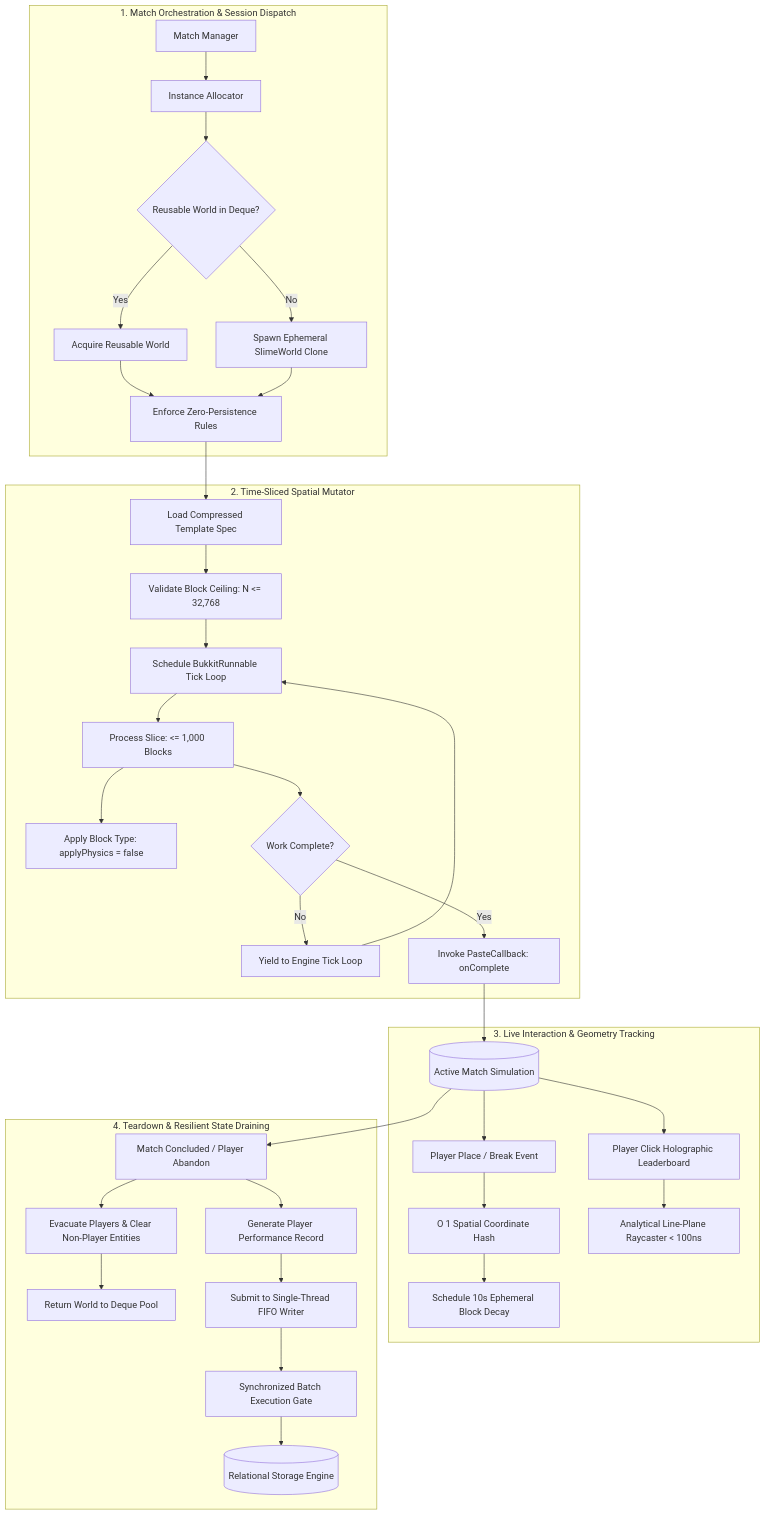
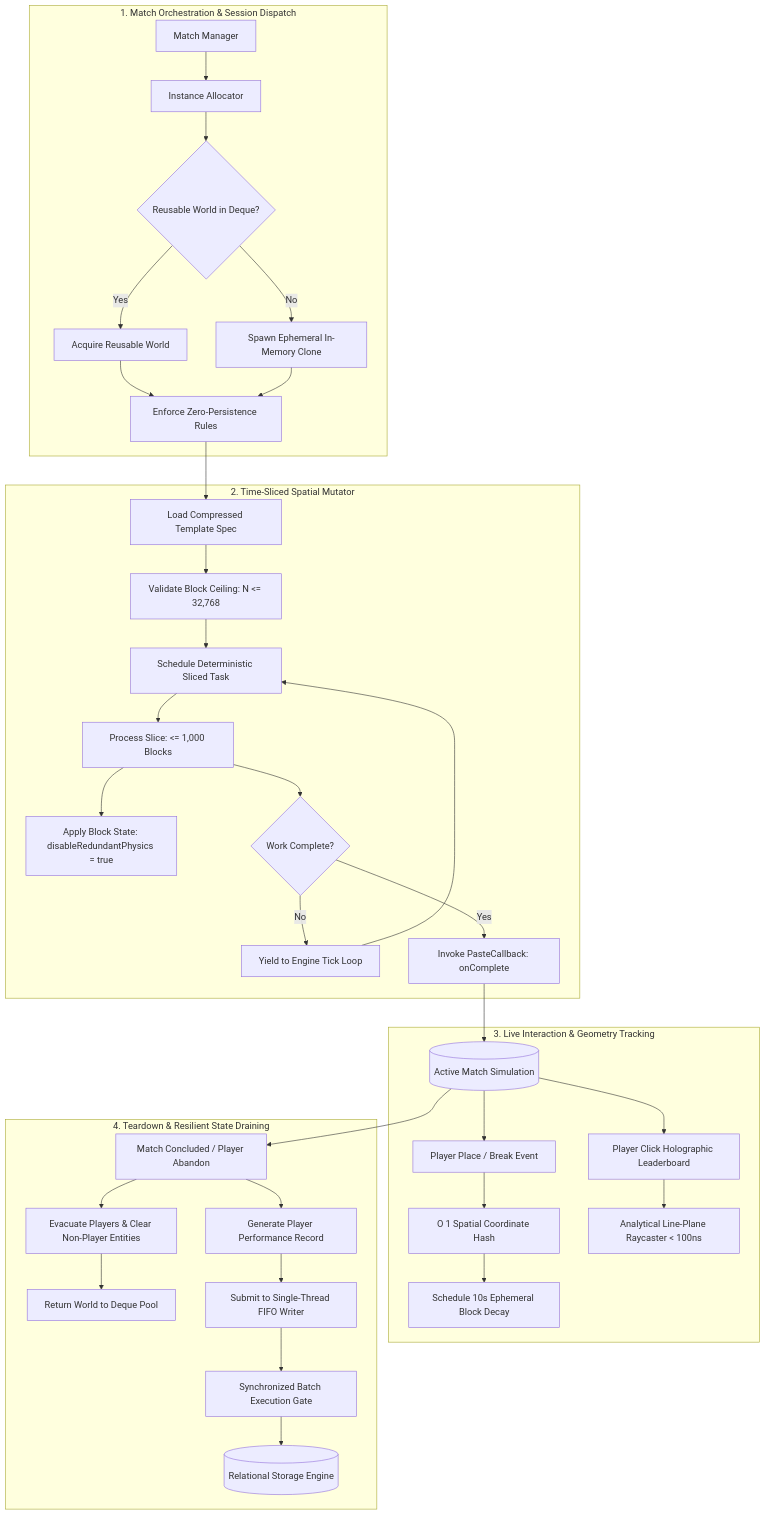
Before and after one commit to MarcosKauanS/spatial-mutation-runtime: the first of 2 diagrams in docs/architecture-deep-dive.md, drawn with Mermaid. The commit also changed other lines of this file and 1 other file, not shown here.

````diff
--- a/docs/architecture-deep-dive.md
+++ b/docs/architecture-deep-dive.md
@@ -92,43 +92,43 @@
 ```mermaid
 flowchart TD
     subgraph MatchLifecycle["1. Match Orchestration & Session Dispatch"]
         ORCH[Match Manager] --> ALLOC[Instance Allocator]
         ALLOC --> POOL{Reusable World in Deque?}
         POOL -- Yes --> REUSE[Acquire Reusable World]
-        POOL -- No --> COLD[Spawn Ephemeral SlimeWorld Clone]
+        POOL -- No --> COLD[Spawn Ephemeral In-Memory Clone]
         REUSE --> CONFIG[Enforce Zero-Persistence Rules]
         COLD --> CONFIG
     end
 
     subgraph TimeSlicedPipeline["2. Time-Sliced Spatial Mutator"]
         CONFIG --> TEMPLATE[Load Compressed Template Spec]
         TEMPLATE --> VALID[Validate Block Ceiling: N <= 32,768]
-        VALID --> SCHED[Schedule BukkitRunnable Tick Loop]
+        VALID --> SCHED[Schedule Deterministic Sliced Task]
         
         SCHED --> SLICE[Process Slice: <= 1,000 Blocks]
-        SLICE --> LIGHT[Apply Block Type: applyPhysics = false]
+        SLICE --> LIGHT[Apply Block State: disableRedundantPhysics = true]
         SLICE --> CHECK{Work Complete?}
         CHECK -- No --> YIELD[Yield to Engine Tick Loop]
         YIELD --> SCHED
         CHECK -- Yes --> NOTIFY[Invoke PasteCallback: onComplete]
     end
 
     subgraph CombatSpatialEngine["3. Live Interaction & Geometry Tracking"]
         NOTIFY --> LIVE[(Active Match Simulation)]
         LIVE --> BLOCK_EVT[Player Place / Break Event]
         BLOCK_EVT --> SPATIAL_HASH[O 1 Spatial Coordinate Hash]
         SPATIAL_HASH --> DECAY[Schedule 10s Ephemeral Block Decay]
         LIVE --> RAY_EVT[Player Click Holographic Leaderboard]
         RAY_EVT --> RAYCAST[Analytical Line-Plane Raycaster < 100ns]
     end
 
     subgraph TeardownAndStorage["4. Teardown & Resilient State Draining"]
         LIVE --> END[Match Concluded / Player Abandon]
         END --> PURGE[Evacuate Players & Clear Non-Player Entities]
         PURGE --> RECYCLE[Return World to Deque Pool]
         END --> STATS[Generate Player Performance Record]
         STATS --> FIFO[Submit to Single-Thread FIFO Writer]
         FIFO --> DRAIN[Synchronized Batch Execution Gate]
         DRAIN --> SQLITE[(Relational Storage Engine)]
     end
 ```
````
